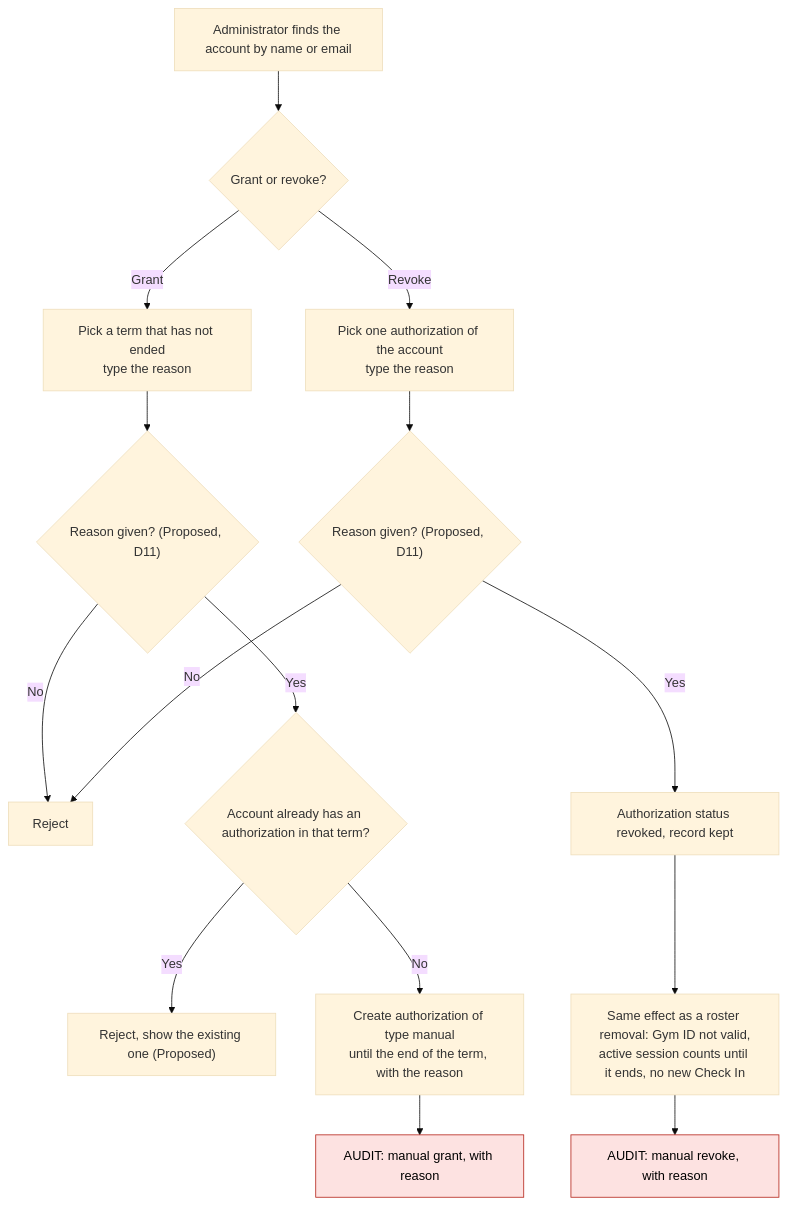
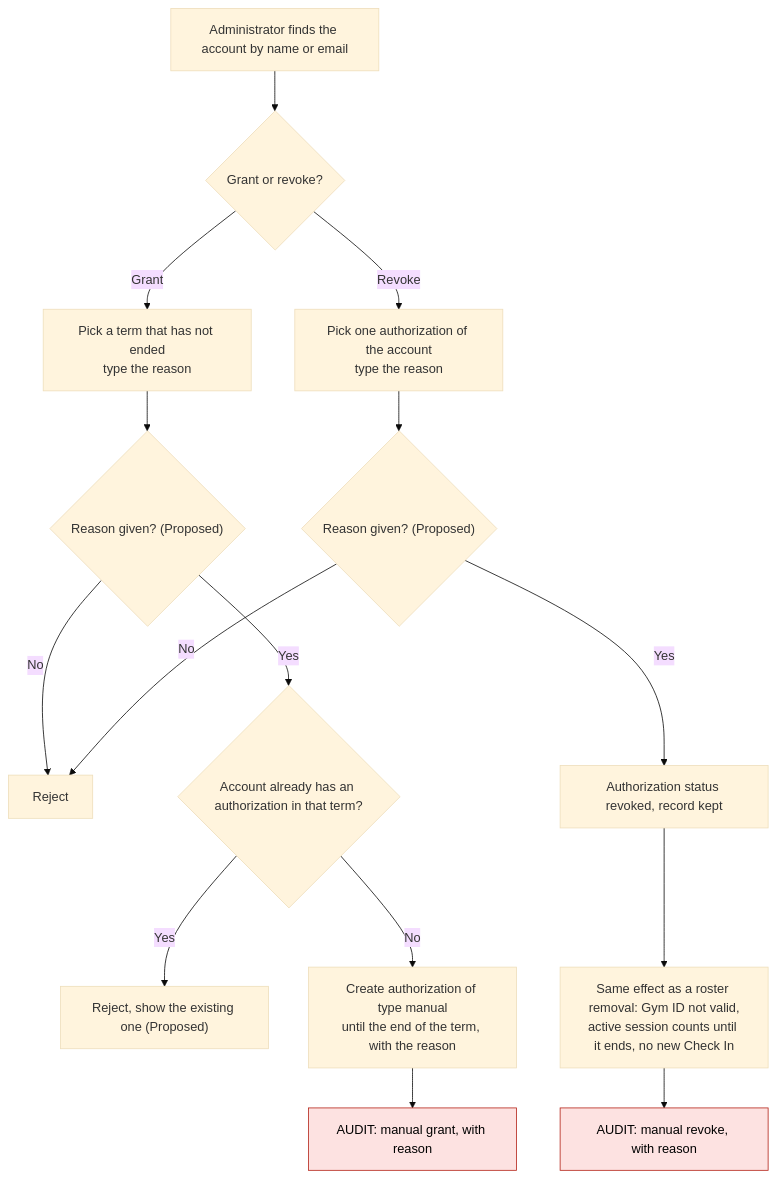
Before and after one commit to Th3-Minorities/natatorio-gym-app: diagram 12 of 17 in docs/design/admin-flows.md, drawn with Mermaid (base theme). The commit also changed other lines of this file, not shown here.

Commit message:
Add the recovery code flow and the PIN version to the admin flows

````diff
--- a/docs/design/admin-flows.md
+++ b/docs/design/admin-flows.md
@@ -266,20 +333,20 @@
 ```mermaid
 flowchart TD
   G0["Administrator finds the account by name or email"] --> G1{"Grant or revoke?"}
   G1 -->|"Grant"| G2["Pick a term that has not ended<br/>type the reason"]
-  G2 --> G3{"Reason given? (Proposed, D11)"}
+  G2 --> G3{"Reason given? (Proposed)"}
   G3 -->|"No"| G4["Reject"]
   G3 -->|"Yes"| G5{"Account already has an authorization in that term?"}
   G5 -->|"Yes"| G6["Reject, show the existing one (Proposed)"]
   G5 -->|"No"| G7["Create authorization of type manual<br/>until the end of the term, with the reason"]
   G7 --> G8["AUDIT: manual grant, with reason"]
   G1 -->|"Revoke"| K1["Pick one authorization of the account<br/>type the reason"]
-  K1 --> K2{"Reason given? (Proposed, D11)"}
+  K1 --> K2{"Reason given? (Proposed)"}
   K2 -->|"No"| G4
   K2 -->|"Yes"| K3["Authorization status revoked, record kept"]
   K3 --> K4["Same effect as a roster removal: Gym ID not valid,<br/>active session counts until it ends, no new Check In"]
   K4 --> K5["AUDIT: manual revoke, with reason"]
 
   classDef audit fill:#fde2e1,stroke:#b42318,color:#000
   class G8,K5 audit
 ```
````
